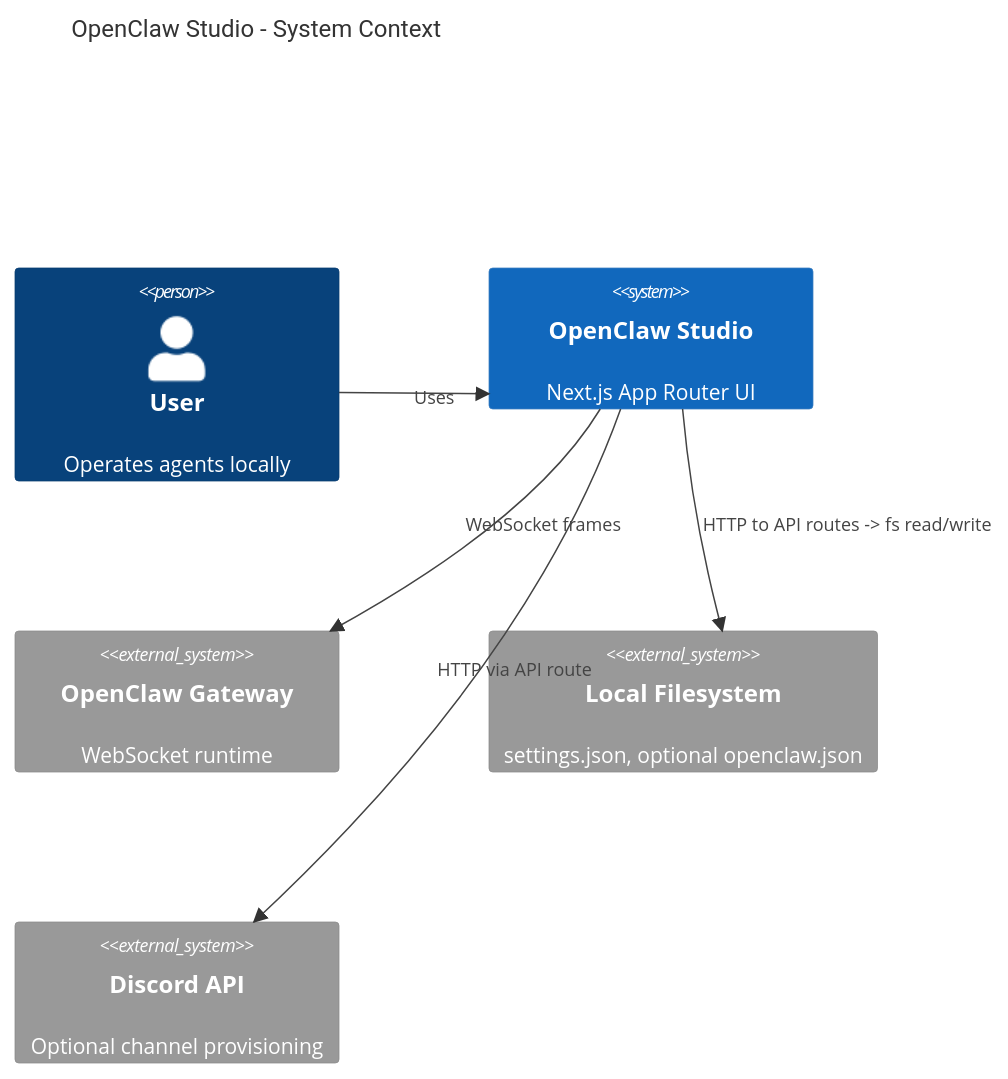
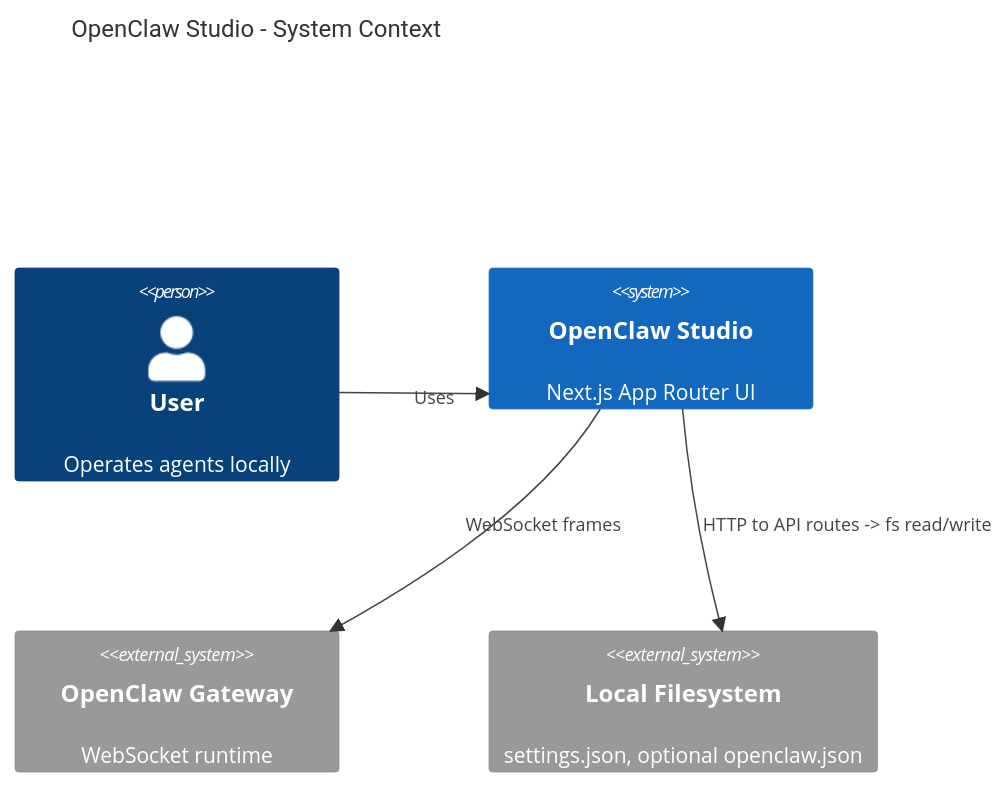
The first of 2 diagrams in ARCHITECTURE.md (MichelCaini/openclaw-studio), drawn with Mermaid before and after one commit. The commit also changed other lines of this file and 6 other files, not shown here.

Commit message:
refactor: remove unused discord provisioning

````diff
--- a/ARCHITECTURE.md
+++ b/ARCHITECTURE.md
@@ -129,14 +126,12 @@
 ```mermaid
 C4Context
   title OpenClaw Studio - System Context
   Person(user, "User", "Operates agents locally")
   System(ui, "OpenClaw Studio", "Next.js App Router UI")
   System_Ext(gateway, "OpenClaw Gateway", "WebSocket runtime")
   System_Ext(fs, "Local Filesystem", "settings.json, optional openclaw.json")
-  System_Ext(discord, "Discord API", "Optional channel provisioning")
 
   Rel(user, ui, "Uses")
   Rel(ui, gateway, "WebSocket frames")
   Rel(ui, fs, "HTTP to API routes -> fs read/write")
-  Rel(ui, discord, "HTTP via API route")
 ```
````
